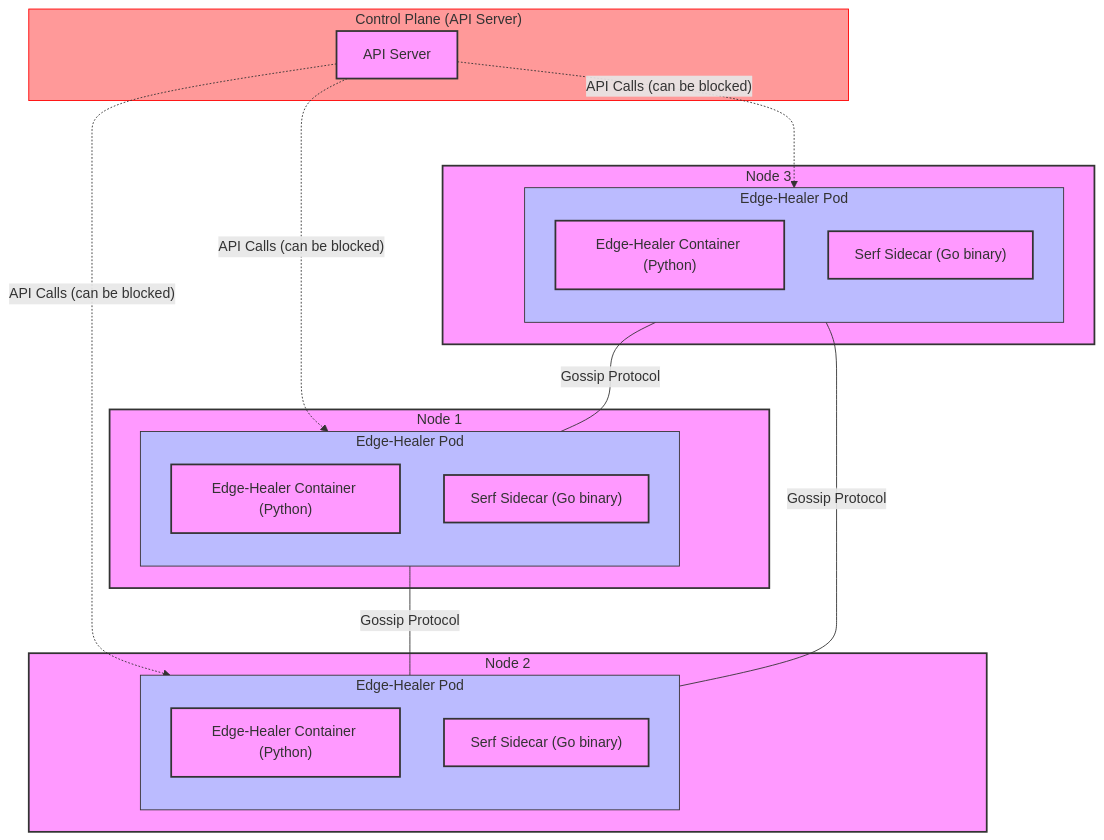
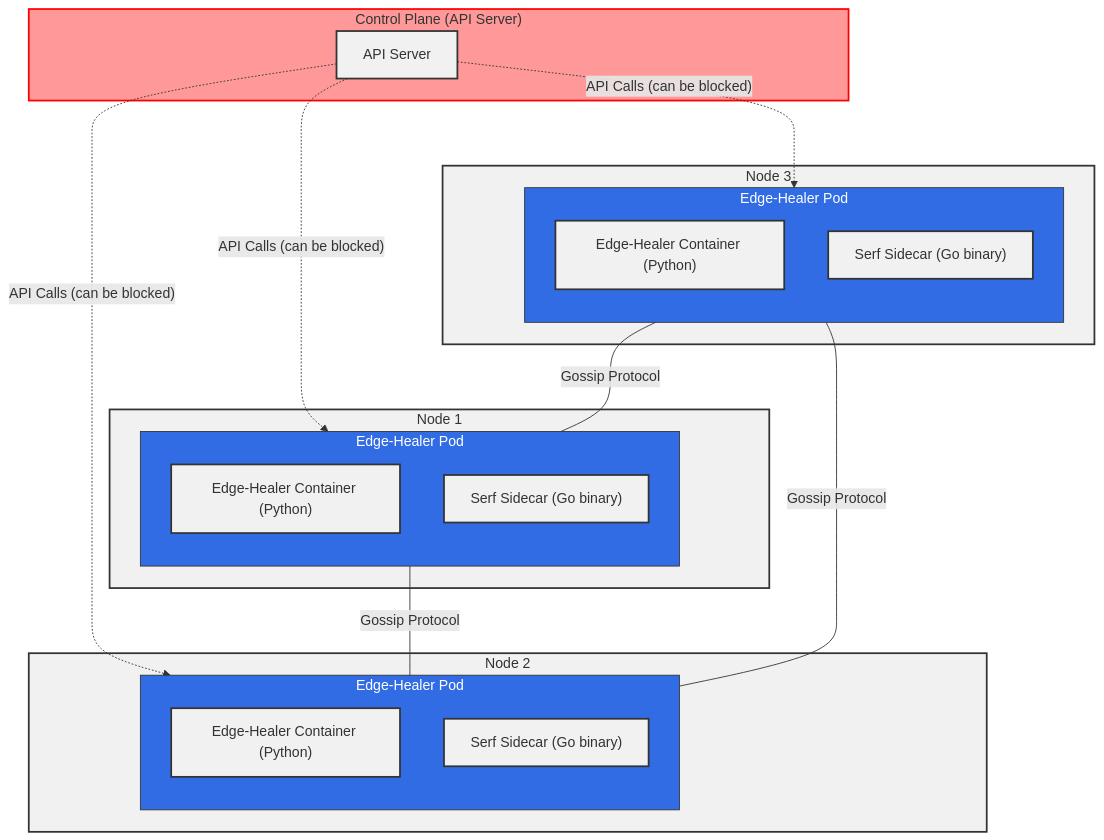
One commit to dlamagna/kubernetes-edge-healer changed the first of 2 diagrams in README.md. Above: the diagram before and after it, drawn with Mermaid.

Commit message:
mermaid formatting

````diff
--- a/README.md
+++ b/README.md
@@ -22,47 +22,49 @@
 ```mermaid
 flowchart TB
     subgraph Control_Plane["Control Plane (API Server)"]
         style Control_Plane fill:#ff9999,stroke:#ff0000
         CP["API Server"]
     end
 
     subgraph Node1["Node 1"]
         subgraph Pod1["Edge-Healer Pod"]
             direction TB
             C1["Edge-Healer Container (Python)"]
             S1["Serf Sidecar (Go binary)"]
         end
     end
 
     subgraph Node2["Node 2"]
         subgraph Pod2["Edge-Healer Pod"]
             direction TB
             C2["Edge-Healer Container (Python)"]
             S2["Serf Sidecar (Go binary)"]
         end
     end
 
     subgraph Node3["Node 3"]
         subgraph Pod3["Edge-Healer Pod"]
             direction TB
             C3["Edge-Healer Container (Python)"]
             S3["Serf Sidecar (Go binary)"]
         end
     end
 
     %% Control Plane connections (dashed to show it can be cut off)
     CP -.->|"API Calls (can be blocked)"| Pod1
     CP -.->|"API Calls (can be blocked)"| Pod2
     CP -.->|"API Calls (can be blocked)"| Pod3
 
     %% Serf gossip network (solid lines to show it's always active)
     S1 ---|"Gossip Protocol"| S2
     S2 ---|"Gossip Protocol"| S3
     S3 ---|"Gossip Protocol"| S1
 
     %% Layout hints
-    classDef node fill:#f9f,stroke:#333,stroke-width:2px
-    classDef pod fill:#bbf,stroke:#333,stroke-width:1px
+    classDef node fill:#f1f1f1,stroke:#333,stroke-width:2px
+    classDef pod fill:#326ce5,stroke:#333,stroke-width:1px,color:#fff
+    classDef control fill:#ff9999,stroke:#ff0000,stroke-width:2px
     class Node1,Node2,Node3 node
     class Pod1,Pod2,Pod3 pod
+    class Control_Plane control
 ```
````
